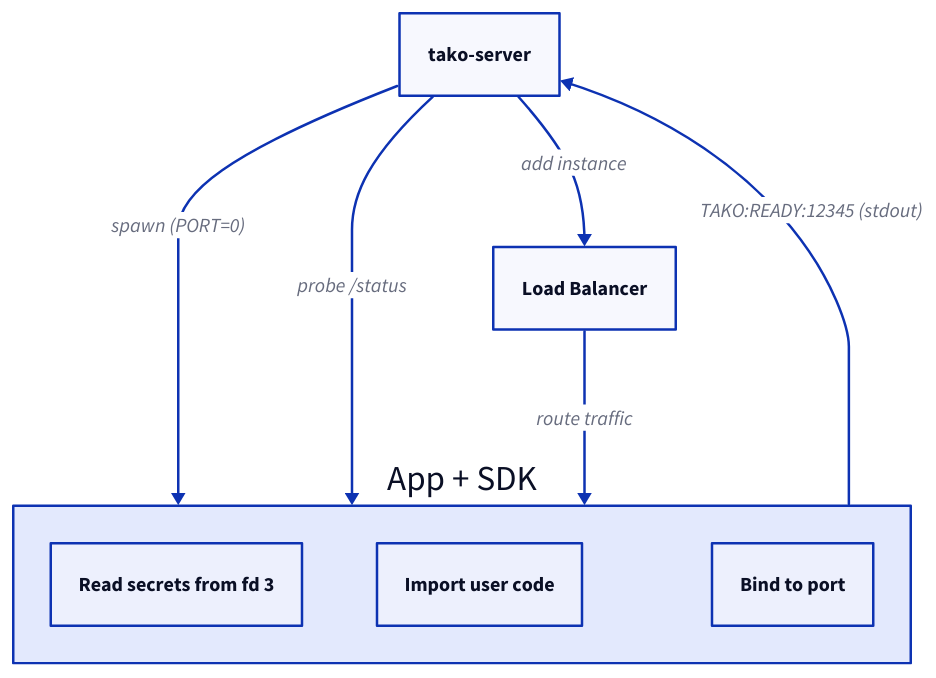
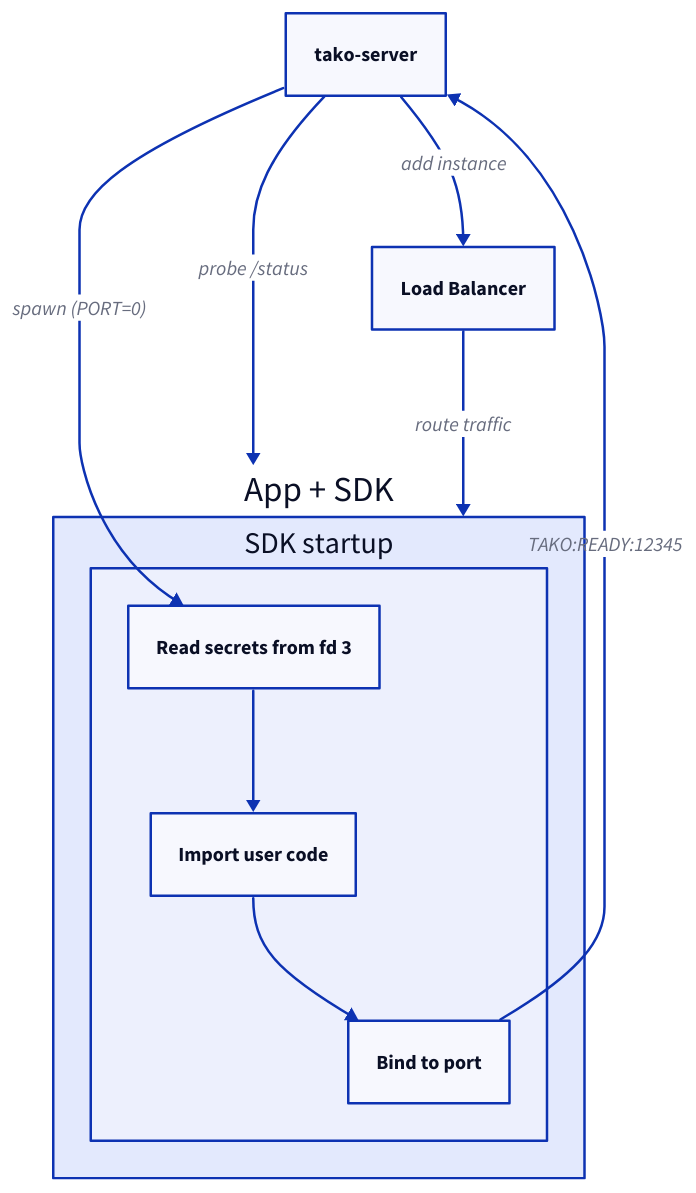
One commit to lilienblum/tako changed the diagram in website/src/pages/blog/why-tako-ships-an-sdk.md. Above: the diagram before and after it, drawn with D2. The commit also changed 20 other files, not shown here.

First line of the commit message:
feat(website): add PostHog analytics, light-only D2 pipeline, and diagram lightbox

````diff
--- a/website/src/pages/blog/why-tako-ships-an-sdk.md
+++ b/website/src/pages/blog/why-tako-ships-an-sdk.md
@@ -43,16 +43,22 @@
 ```d2
 direction: down
 
-tako-server -> App + SDK: spawn (PORT=0)
+server: tako-server
+lb: Load Balancer
 
-App + SDK: {
-  Read secrets from fd 3
-  Import user code
-  Bind to port
+app: App + SDK {
+  startup: SDK startup {
+    secrets: Read secrets from fd 3
+    code: Import user code
+    bind: Bind to port
+
+    secrets -> code -> bind
+  }
 }
 
-App + SDK -> tako-server: "TAKO:READY:12345 (stdout)"
-tako-server -> App + SDK: probe /status
-tako-server -> Load Balancer: add instance
-Load Balancer -> App + SDK: route traffic
+server -> app.startup.secrets: spawn (PORT=0)
+app.startup.bind -> server: "TAKO:READY:12345"
+server -> app: probe /status
+server -> lb: add instance
+lb -> app: route traffic
 ```
````
